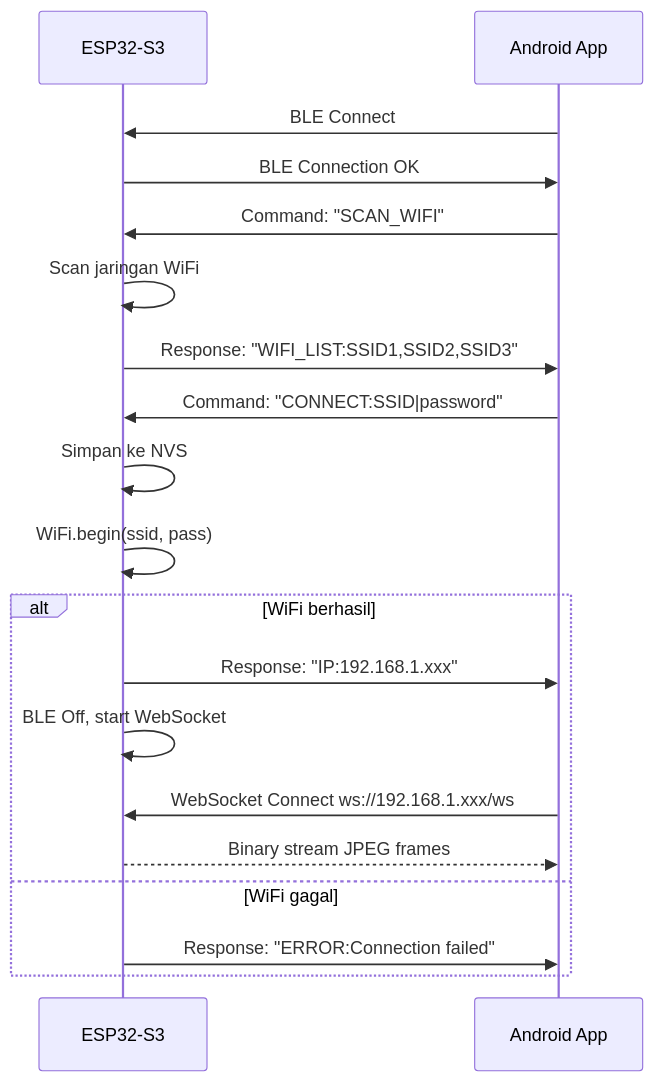
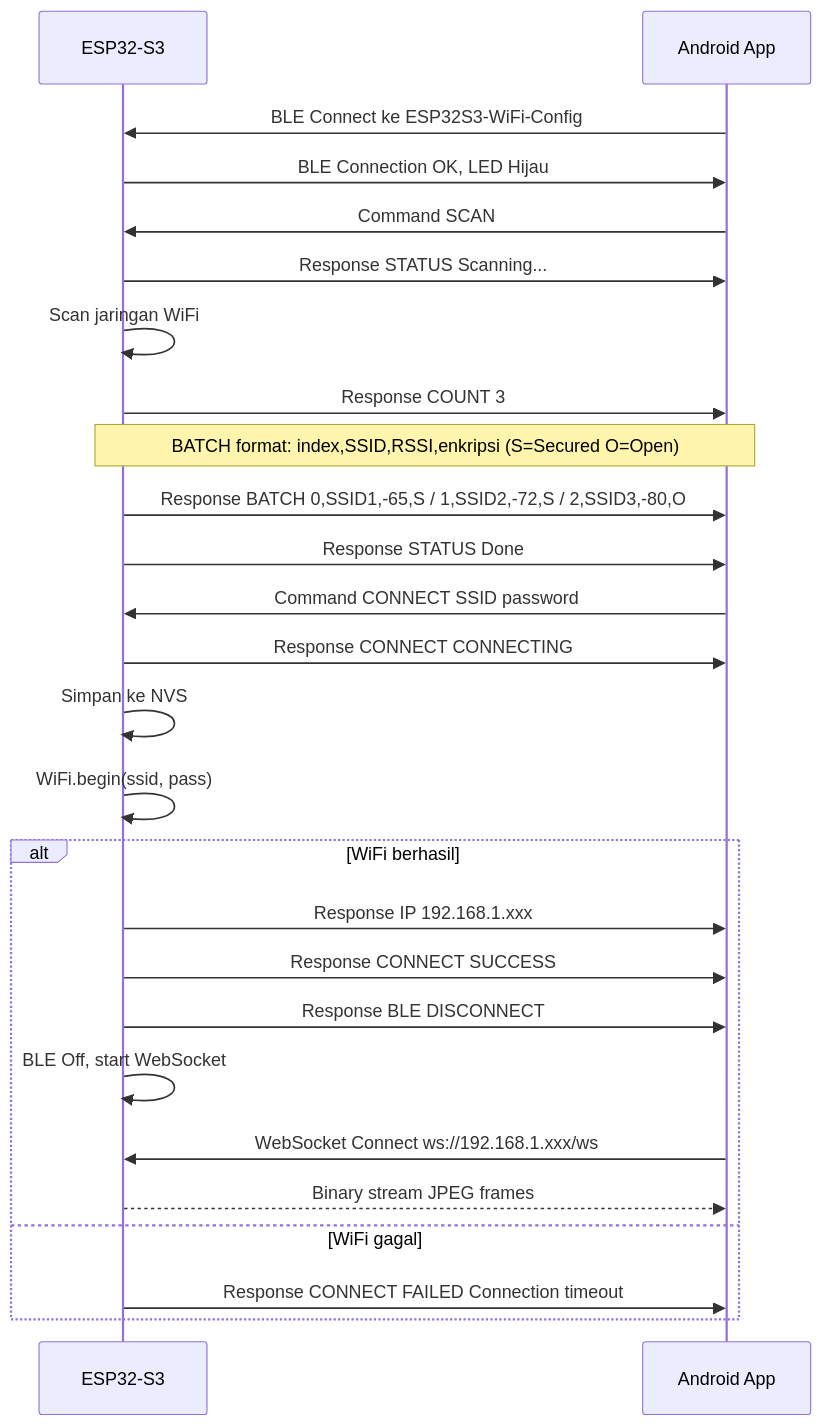
The second of 3 diagrams in eps32s3_camera_with_mobile/README.md (aan-andiyanaS/Mobile-EPS32-CAM), drawn with Mermaid before and after one commit. The commit also changed other lines of this file and 1 other file, not shown here.

````diff
--- a/eps32s3_camera_with_mobile/README.md
+++ b/eps32s3_camera_with_mobile/README.md
@@ -106,25 +111,32 @@
 ```mermaid
 sequenceDiagram
     participant ESP as ESP32-S3
     participant APP as Android App
 
-    APP->>ESP: BLE Connect
-    ESP->>APP: BLE Connection OK
+    APP->>ESP: BLE Connect ke ESP32S3-WiFi-Config
+    ESP->>APP: BLE Connection OK, LED Hijau
 
-    APP->>ESP: Command: "SCAN_WIFI"
+    APP->>ESP: Command SCAN
+    ESP->>APP: Response STATUS Scanning...
     ESP->>ESP: Scan jaringan WiFi
-    ESP->>APP: Response: "WIFI_LIST:SSID1,SSID2,SSID3"
+    ESP->>APP: Response COUNT 3
+    Note over ESP,APP: BATCH format: index,SSID,RSSI,enkripsi (S=Secured O=Open)
+    ESP->>APP: Response BATCH 0,SSID1,-65,S / 1,SSID2,-72,S / 2,SSID3,-80,O
+    ESP->>APP: Response STATUS Done
 
-    APP->>ESP: Command: "CONNECT:SSID|password"
+    APP->>ESP: Command CONNECT SSID password
+    ESP->>APP: Response CONNECT CONNECTING
     ESP->>ESP: Simpan ke NVS
     ESP->>ESP: WiFi.begin(ssid, pass)
 
     alt WiFi berhasil
-        ESP->>APP: Response: "IP:192.168.1.xxx"
+        ESP->>APP: Response IP 192.168.1.xxx
+        ESP->>APP: Response CONNECT SUCCESS
+        ESP->>APP: Response BLE DISCONNECT
         ESP->>ESP: BLE Off, start WebSocket
         APP->>ESP: WebSocket Connect ws://192.168.1.xxx/ws
         ESP-->>APP: Binary stream JPEG frames
     else WiFi gagal
-        ESP->>APP: Response: "ERROR:Connection failed"
+        ESP->>APP: Response CONNECT FAILED Connection timeout
     end
 ```
````
